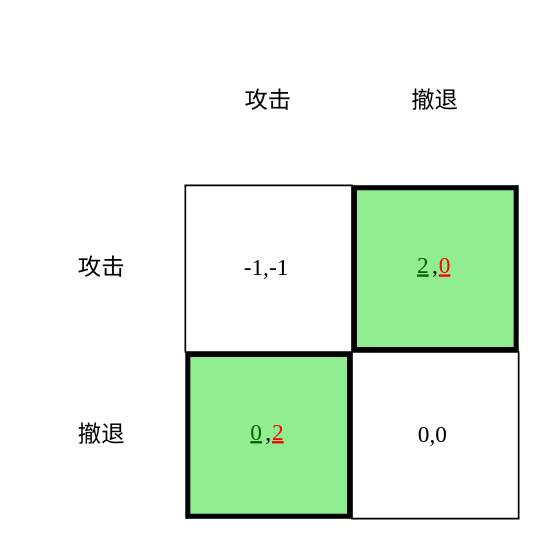
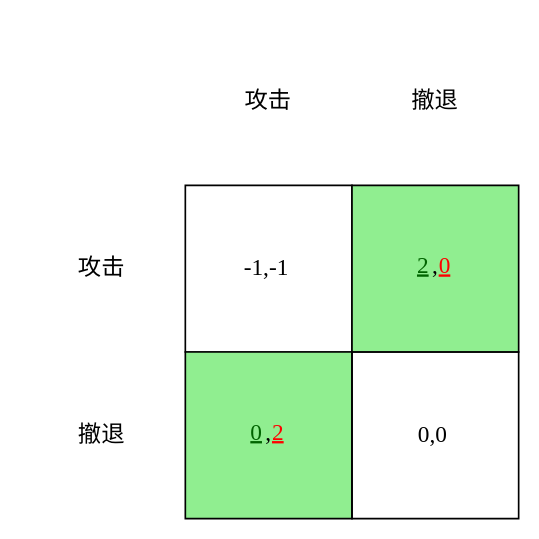
The eighth of 21 diagrams in mode/drl_101.org (Binjian/org), drawn with Graphviz before and after one commit. The commit also changed other lines of this file and 3 other files, not shown here.

```diff
--- a/mode/drl_101.org
+++ b/mode/drl_101.org
@@ -360,23 +406,23 @@
-#+begin_src dot :file img/_generated/ne2.png
+#+begin_src dot :file img/_generated/ne3.png :cache yes
 digraph G {
     node1 [shape=none, margin=0, fontname="LXGW WenKai Mono", label=<
         <TABLE BORDER="0" CELLBORDER="0" CELLSPACING="0" CELLPADDING="0" WIDTH="300" HEIGHT="300">
             <TR>
                 <TD WIDTH="100" HEIGHT="100" BGCOLOR="None"></TD>
                 <TD WIDTH="100" HEIGHT="100" BGCOLOR="None">攻击</TD>
                 <TD WIDTH="100" HEIGHT="100" BGCOLOR="None">撤退</TD>
             </TR>
             <TR>
                 <TD WIDTH="100" HEIGHT="100" BGCOLOR="None">攻击</TD>
                 <TD WIDTH="100" HEIGHT="100" BORDER="1">-1,-1</TD>
-                <TD WIDTH="100" HEIGHT="100" BGCOLOR="lightgreen" BORDER="3"><u><FONT COLOR="darkgreen">2</FONT></u>,<u><FONT COLOR="red">0</FONT></u></TD>
+                <TD WIDTH="100" HEIGHT="100" BGCOLOR="lightgreen" BORDER="1"><u><FONT COLOR="darkgreen">2</FONT></u>,<u><FONT COLOR="red">0</FONT></u></TD>
             </TR>
             <TR>
                 <TD WIDTH="100" HEIGHT="100" BGCOLOR="None">撤退</TD>
-                <TD WIDTH="100" HEIGHT="100" BGCOLOR="lightgreen" BORDER="3"><u><FONT COLOR="darkgreen">0</FONT></u>,<u><FONT COLOR="red">2</FONT></u></TD>
+                <TD WIDTH="100" HEIGHT="100" BGCOLOR="lightgreen" BORDER="1"><u><FONT COLOR="darkgreen">0</FONT></u>,<u><FONT COLOR="red">2</FONT></u></TD>
                 <TD WIDTH="100" HEIGHT="100" BORDER="1">0,0</TD>
             </TR>
         </TABLE>
     >];
 }
 #+end_src
```
